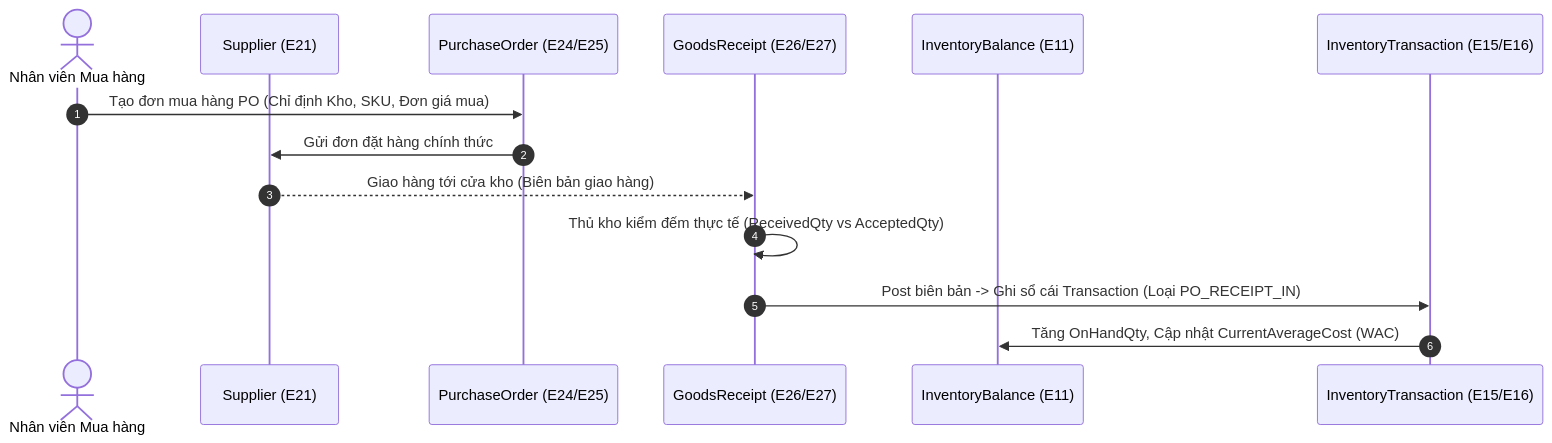
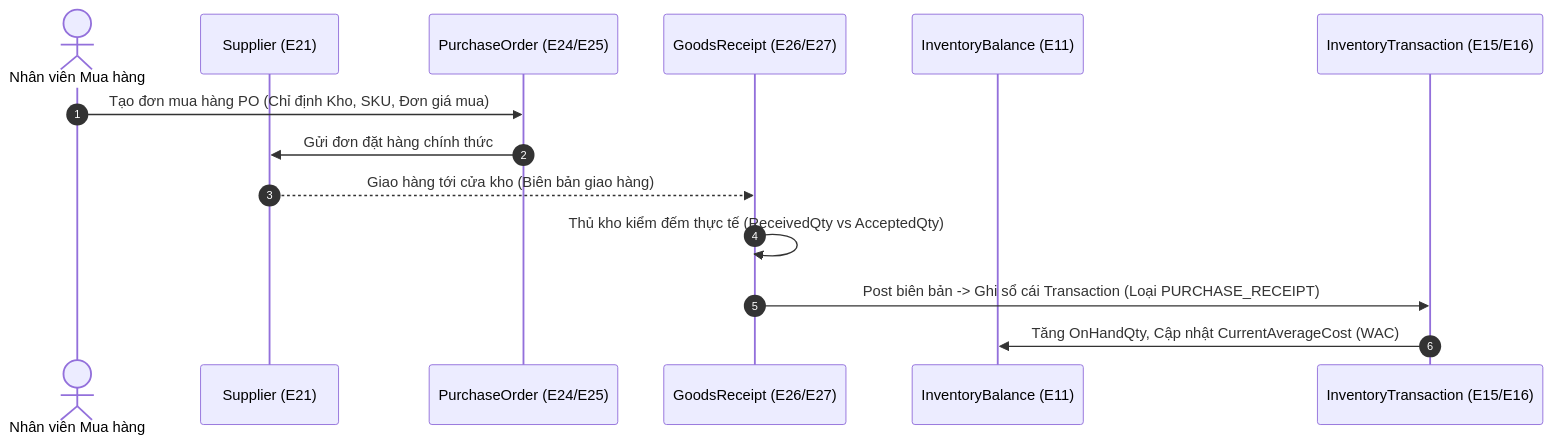
Before and after one commit to itzchugnn/RetailCore-E-commerce-Management-System: the third of 14 diagrams in docs/Project-Progress-Report-Pre-M3.md, drawn with Mermaid. The commit also changed other lines of this file and 1 other file, not shown here.

First line of the commit message:
docs(m3): resolve pre-m3 architecture issues and upgrade progress report to v2.1

````diff
--- a/docs/Project-Progress-Report-Pre-M3.md
+++ b/docs/Project-Progress-Report-Pre-M3.md
@@ -117,17 +127,17 @@
 ```mermaid
 sequenceDiagram
     autonumber
     actor ProcUser as Nhân viên Mua hàng
     participant Sup as Supplier (E21)
     participant PO as PurchaseOrder (E24/E25)
     participant GR as GoodsReceipt (E26/E27)
     participant Inv as InventoryBalance (E11)
     participant Tx as InventoryTransaction (E15/E16)
     
     ProcUser->>PO: Tạo đơn mua hàng PO (Chỉ định Kho, SKU, Đơn giá mua)
     PO->>Sup: Gửi đơn đặt hàng chính thức
     Sup-->>GR: Giao hàng tới cửa kho (Biên bản giao hàng)
     GR->>GR: Thủ kho kiểm đếm thực tế (ReceivedQty vs AcceptedQty)
-    GR->>Tx: Post biên bản -> Ghi sổ cái Transaction (Loại PO_RECEIPT_IN)
+    GR->>Tx: Post biên bản -> Ghi sổ cái Transaction (Loại PURCHASE_RECEIPT)
     Tx->>Inv: Tăng OnHandQty, Cập nhật CurrentAverageCost (WAC)
 ```
````
